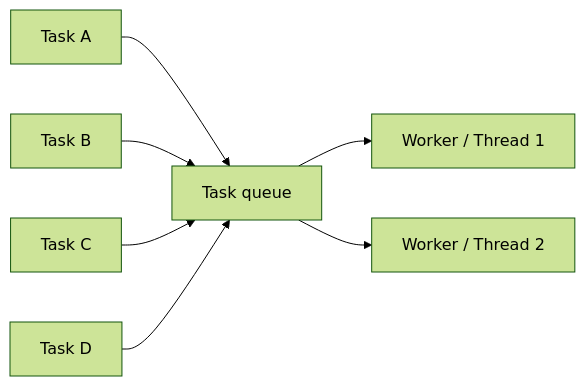
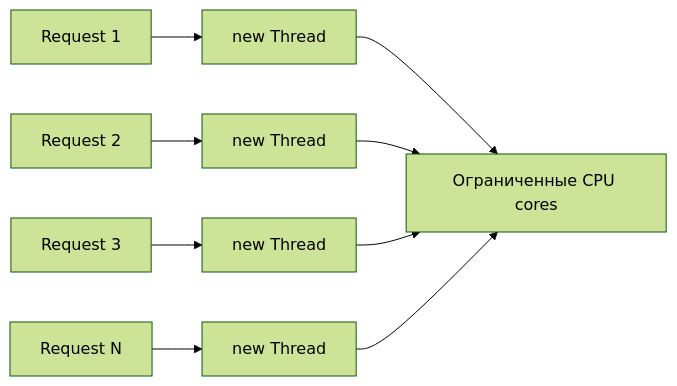
Before and after one commit to omarakkulov/reactive-learning: the third of 5 diagrams in src/main/java/com/akkulov/reactive_learning/modules/V6_threads_schedulers_practice/full-plan.md, drawn with Mermaid (forest theme). The commit also changed other lines of this file and 4 other files, not shown here.

````diff
--- a/src/main/java/com/akkulov/reactive_learning/modules/V6_threads_schedulers_practice/full-plan.md
+++ b/src/main/java/com/akkulov/reactive_learning/modules/V6_threads_schedulers_practice/full-plan.md
@@ -314,9 +165,11 @@
 ```mermaid
 flowchart LR
-    T1["Task A"] --> Q["Task queue"]
-    T2["Task B"] --> Q
-    T3["Task C"] --> Q
-    T4["Task D"] --> Q
-    Q --> W1["Worker / Thread 1"]
-    Q --> W2["Worker / Thread 2"]
+    R1["Request 1"] --> T1["new Thread"]
+    R2["Request 2"] --> T2["new Thread"]
+    R3["Request 3"] --> T3["new Thread"]
+    RN["Request N"] --> TN["new Thread"]
+    T1 --> CPU["Ограниченные CPU cores"]
+    T2 --> CPU
+    T3 --> CPU
+    TN --> CPU
 ```
````
